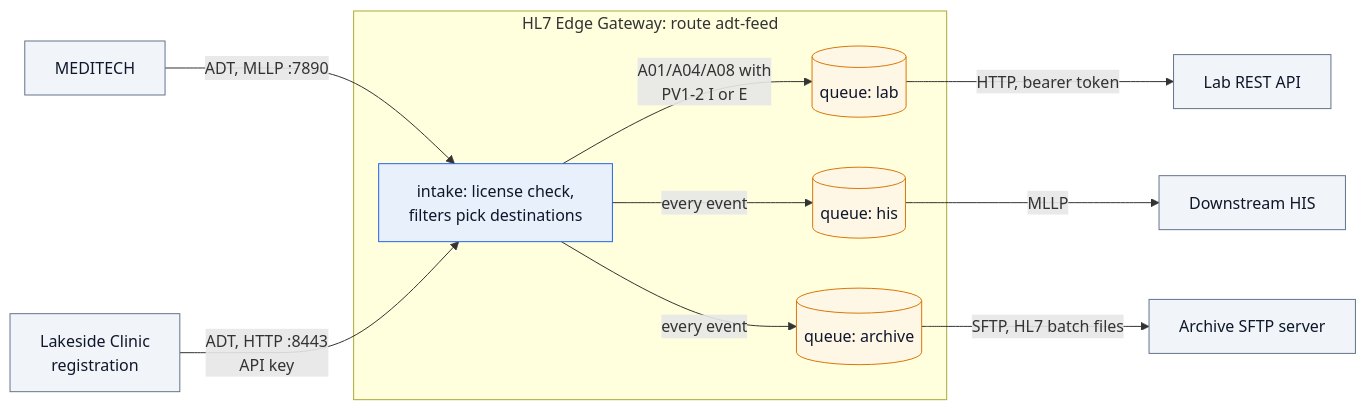
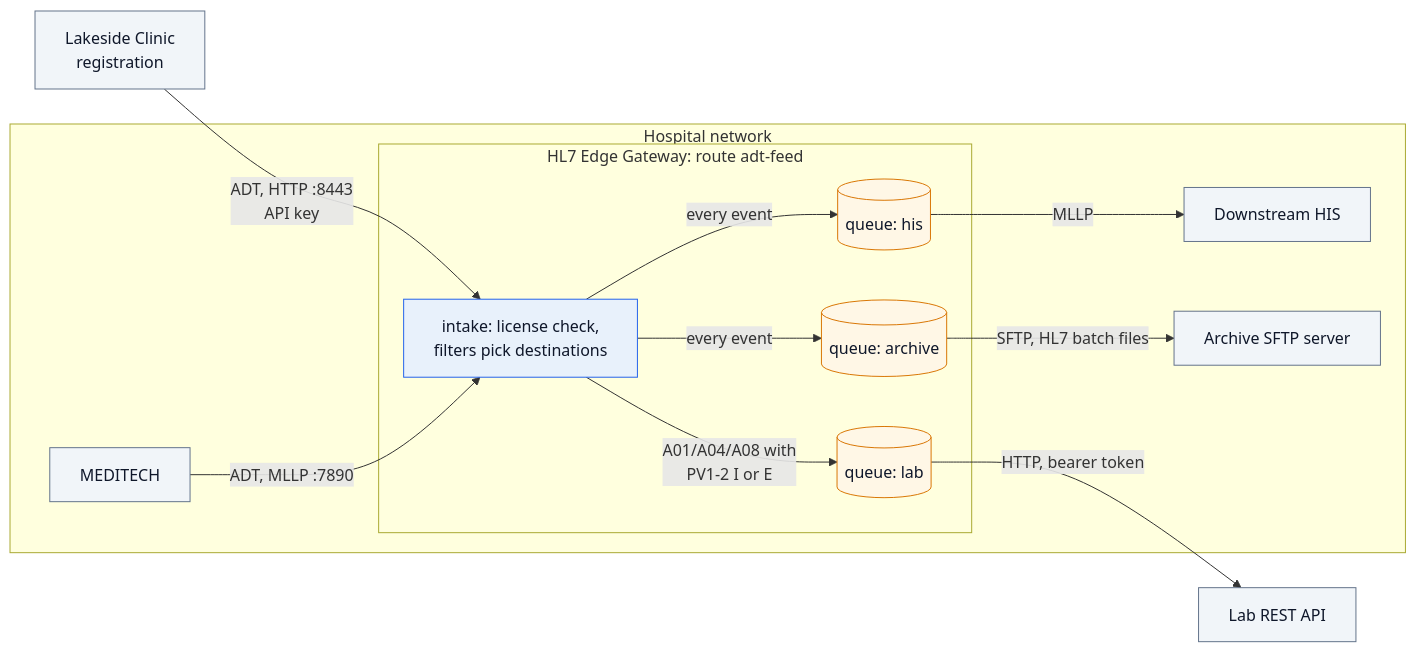
Before and after one commit to lambogenius/hl7-edge-gateway-examples: the diagram in 11-one-feed-many-systems/diagrams/architecture.mmd, drawn with Mermaid. The commit also changed 23 other files, not shown here.

Commit message:
Architecture diagrams: on-prem parts inside the hospital network, cloud load balancers inside the cloud network

```diff
--- a/11-one-feed-many-systems/diagrams/architecture.mmd
+++ b/11-one-feed-many-systems/diagrams/architecture.mmd
@@ -1,21 +1,25 @@
 flowchart LR
-  M["MEDITECH"]:::ext -- "ADT, MLLP :7890" --> R
   P["Lakeside Clinic<br/>registration"]:::ext -- "ADT, HTTP :8443<br/>API key" --> R
-  subgraph G["HL7 Edge Gateway: route adt-feed"]
-    R["intake: license check,<br/>filters pick destinations"]:::gw
-    Q1[("queue: lab")]:::store
-    Q2[("queue: his")]:::store
-    Q3[("queue: archive")]:::store
+  subgraph H["Hospital network"]
+    M["MEDITECH"]:::ext -- "ADT, MLLP :7890" --> R
+    subgraph G["HL7 Edge Gateway: route adt-feed"]
+      R["intake: license check,<br/>filters pick destinations"]:::gw
+      Q1[("queue: lab")]:::store
+      Q2[("queue: his")]:::store
+      Q3[("queue: archive")]:::store
+    end
+    HIS["Downstream HIS"]:::ext
+    ARC["Archive SFTP server"]:::ext
   end
   R -- "A01/A04/A08 with<br/>PV1-2 I or E" --> Q1
   R -- "every event" --> Q2
   R -- "every event" --> Q3
   Q1 -- "HTTP, bearer token" --> LAB["Lab REST API"]:::ext
-  Q2 -- "MLLP" --> HIS["Downstream HIS"]:::ext
-  Q3 -- "SFTP, HL7 batch files" --> ARC["Archive SFTP server"]:::ext
+  Q2 -- "MLLP" --> HIS
+  Q3 -- "SFTP, HL7 batch files" --> ARC
 
   classDef gw fill:#e8f1fb,stroke:#2563eb,color:#0f172a
   classDef store fill:#fff7e6,stroke:#d97706,color:#0f172a
   classDef ext fill:#f1f5f9,stroke:#64748b,color:#0f172a
   classDef bad fill:#fdecec,stroke:#dc2626,color:#0f172a
   classDef ok fill:#ecfdf3,stroke:#16a34a,color:#0f172a
```
